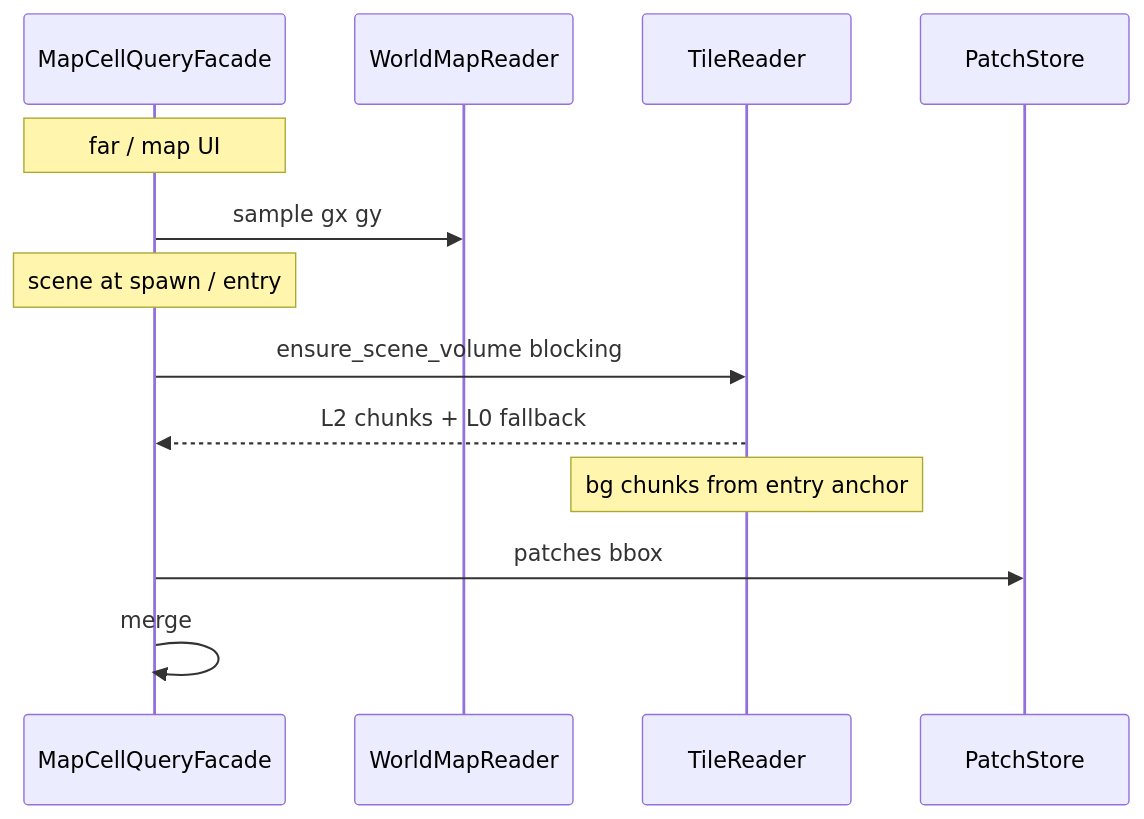
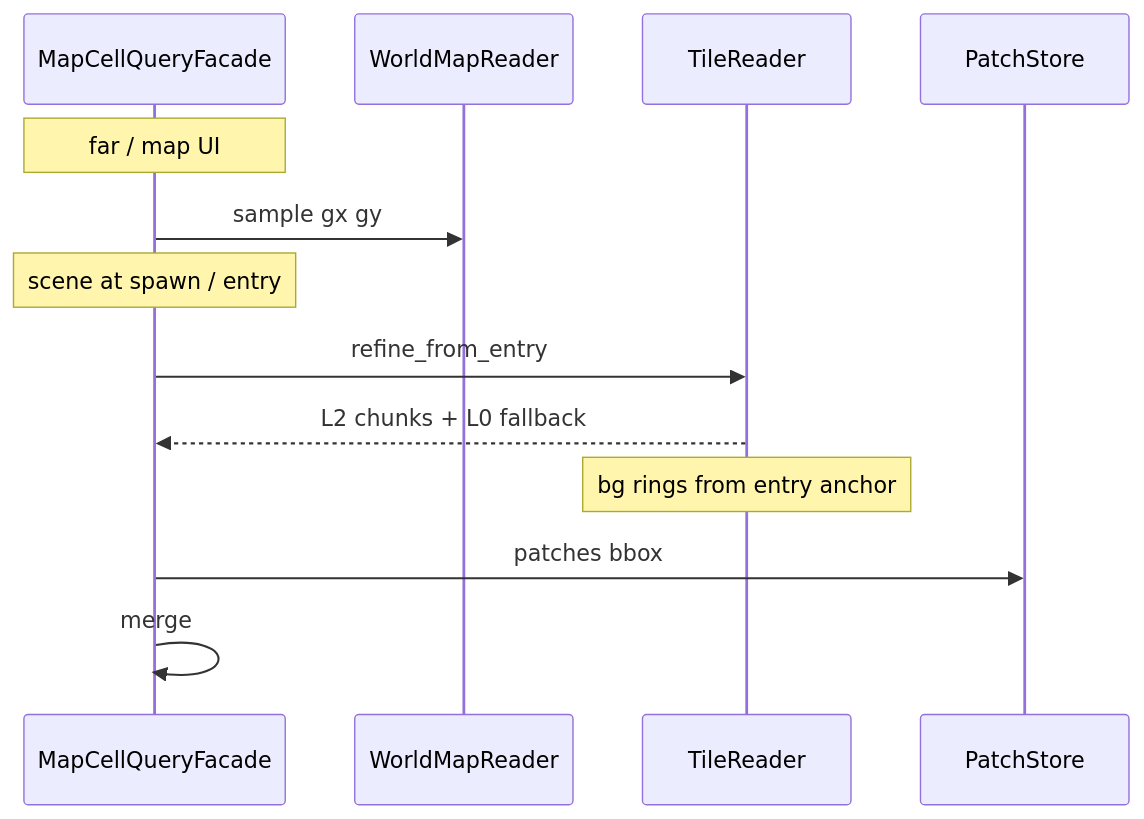
Before and after one commit to AndrewBondaren/AI-Project: the tenth of 13 diagrams in docs/tz_world_pack_storage.md, drawn with Mermaid. The commit also changed other lines of this file and 8 other files, not shown here.

````diff
--- a/docs/tz_world_pack_storage.md
+++ b/docs/tz_world_pack_storage.md
@@ -998,16 +998,16 @@
 ```mermaid
 sequenceDiagram
   participant Q as MapCellQueryFacade
   participant L0 as WorldMapReader
   participant L2 as TileReader
   participant P as PatchStore
 
   Note over Q: far / map UI
   Q->>L0: sample gx gy
   Note over Q: scene at spawn / entry
-  Q->>L2: ensure_scene_volume blocking
+  Q->>L2: refine_from_entry
   L2-->>Q: L2 chunks + L0 fallback
-  Note over L2: bg chunks from entry anchor
+  Note over L2: bg rings from entry anchor
   Q->>P: patches bbox
   Q->>Q: merge
 ```
````
